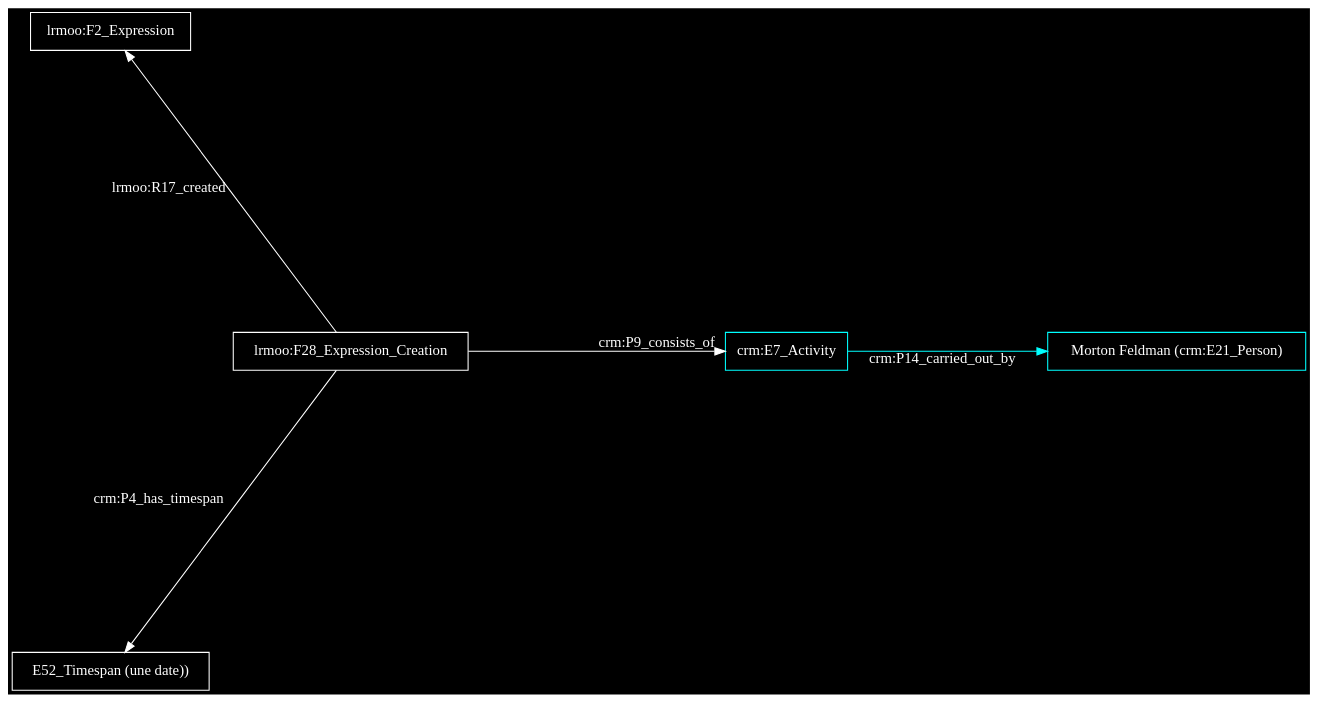
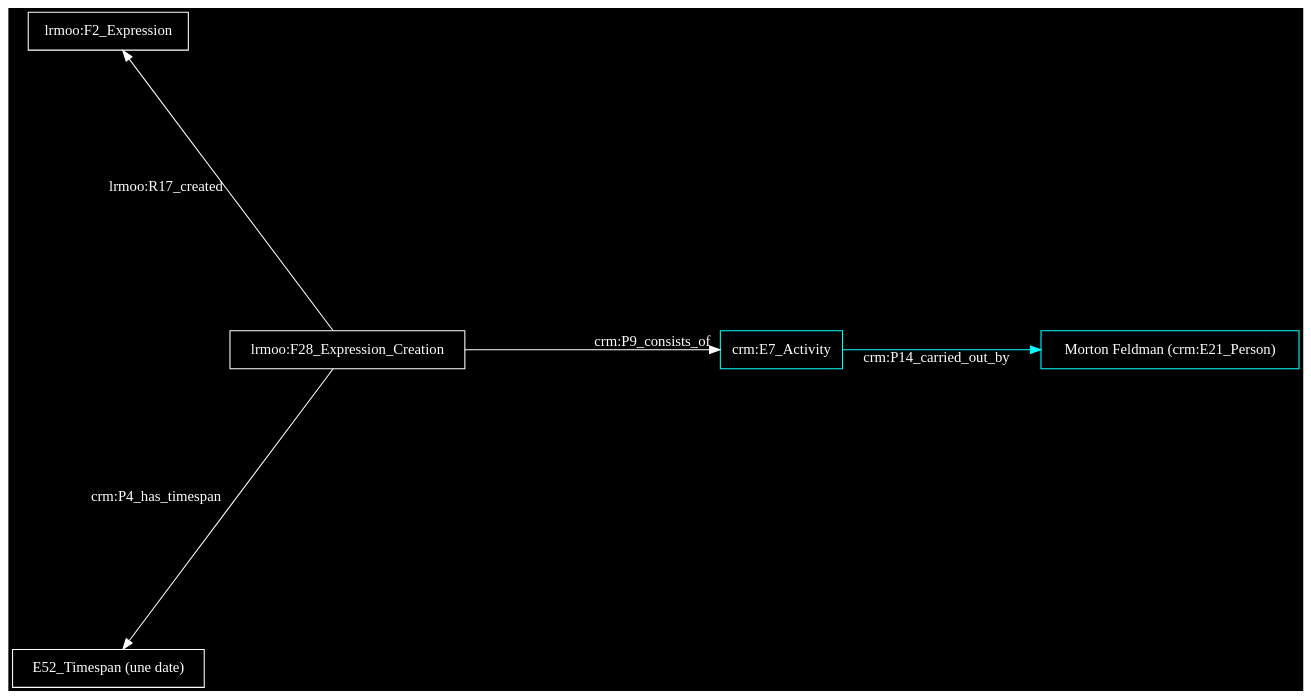
One commit to Amleth/communications changed the diagram in out/2022.12.16_CM2-RMN-ontologies/dotfile_c7f25bfb-d2d0-41d1-aa68-35a87e864028.dot. Above: the diagram before and after it, drawn with Graphviz. The commit also changed 209 other files, not shown here.

```diff
--- a/out/2022.12.16_CM2-RMN-ontologies/dotfile_c7f25bfb-d2d0-41d1-aa68-35a87e864028.dot
+++ b/out/2022.12.16_CM2-RMN-ontologies/dotfile_c7f25bfb-d2d0-41d1-aa68-35a87e864028.dot
@@ -1,16 +1,16 @@
 digraph {
     graph [bgcolor=black]
     rankdir=LR
     node [color=white,fontcolor=white,fontname="American Typewriter",shape=box]
     edge [color=white,fontcolor=white,fontname="American Typewriter"]
     
 
     layout=sfdp
 "lrmoo:F28_Expression_Creation" -> "crm:E7_Activity" [label="crm:P9_consists_of"]
 "lrmoo:F28_Expression_Creation" -> "lrmoo:F2_Expression" [label="lrmoo:R17_created"]
-"lrmoo:F28_Expression_Creation" -> "E52_Timespan (une date))" [label="crm:P4_has_timespan"]
+"lrmoo:F28_Expression_Creation" -> "E52_Timespan (une date)" [label="crm:P4_has_timespan"]
 "crm:E7_Activity" -> "Morton Feldman (crm:E21_Person)" [label="crm:P14_carried_out_by",color=cyan]
 
 "Morton Feldman (crm:E21_Person)" [color=cyan]
 "crm:E7_Activity" [color=cyan]
 }
```
